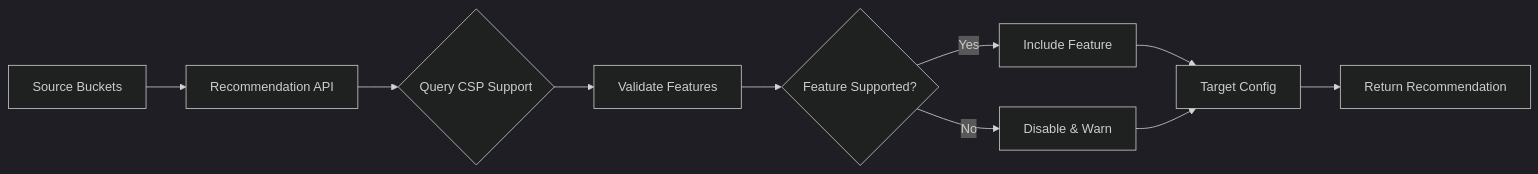
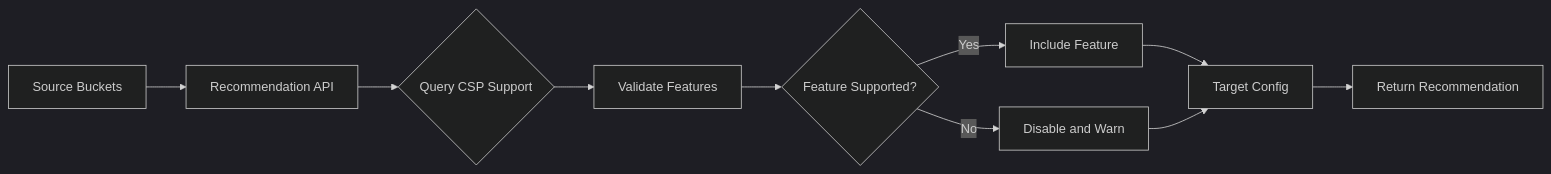
Before and after one commit to cloud-barista/cm-beetle: the first of 2 diagrams in docs/feature-guide/middleware-object-storage.md, drawn with Mermaid (dark theme). The commit also changed other lines of this file and 37 other files, not shown here.

````diff
--- a/docs/feature-guide/middleware-object-storage.md
+++ b/docs/feature-guide/middleware-object-storage.md
@@ -30,12 +43,12 @@
 ```mermaid
 graph LR
-    A[Source Buckets] --> B[Recommendation API]
-    B --> C{Query CSP Support}
-    C --> D[Validate Features]
-    D --> E{Feature Supported?}
-    E -->|Yes| F[Include Feature]
-    E -->|No| G[Disable & Warn]
-    F --> H[Target Config]
+    A["Source Buckets"] --> B["Recommendation API"]
+    B --> C{"Query CSP Support"}
+    C --> D["Validate Features"]
+    D --> E{"Feature Supported?"}
+    E -->|Yes| F["Include Feature"]
+    E -->|No| G["Disable and Warn"]
+    F --> H["Target Config"]
     G --> H
-    H --> I[Return Recommendation]
+    H --> I["Return Recommendation"]
 ```
````
